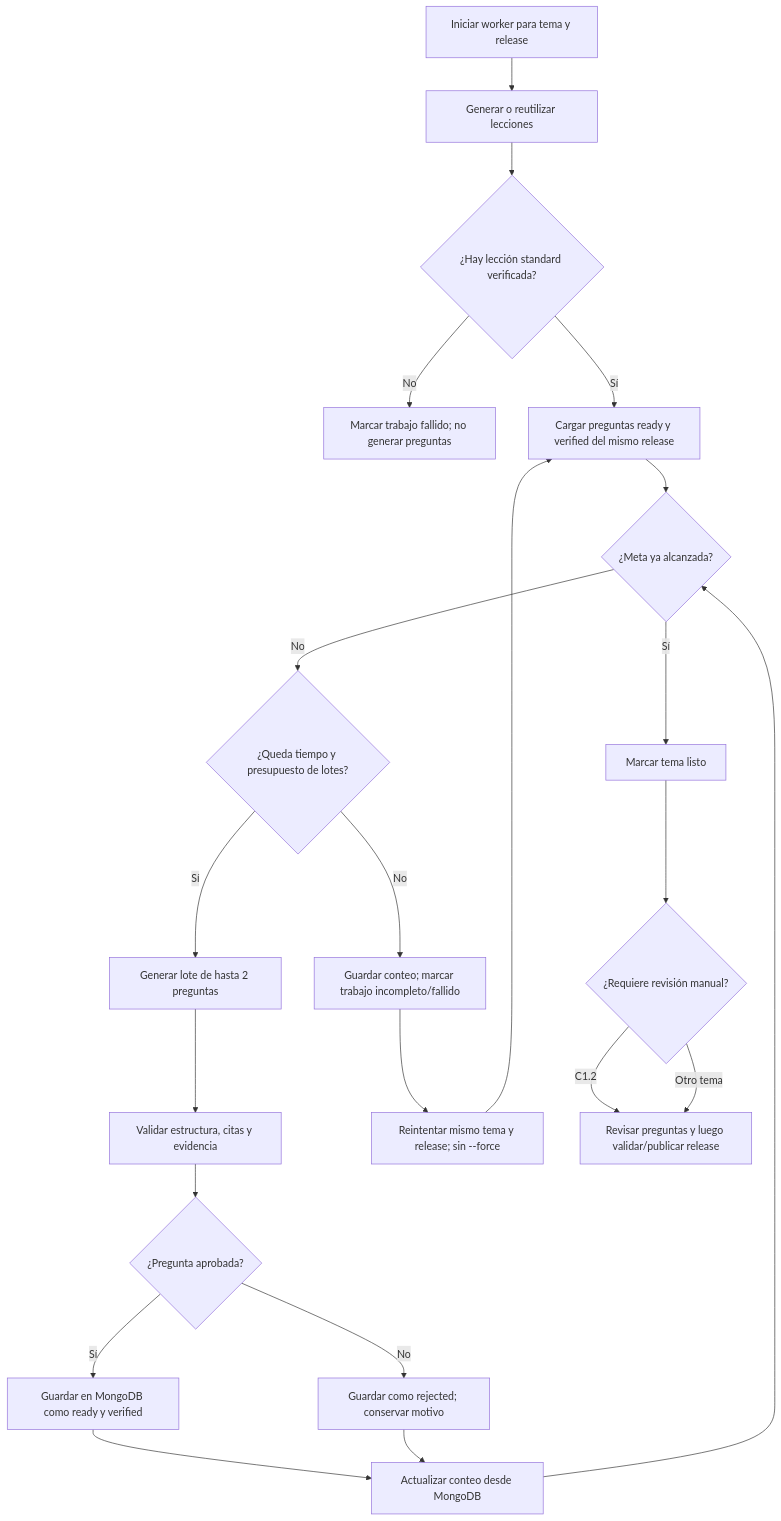
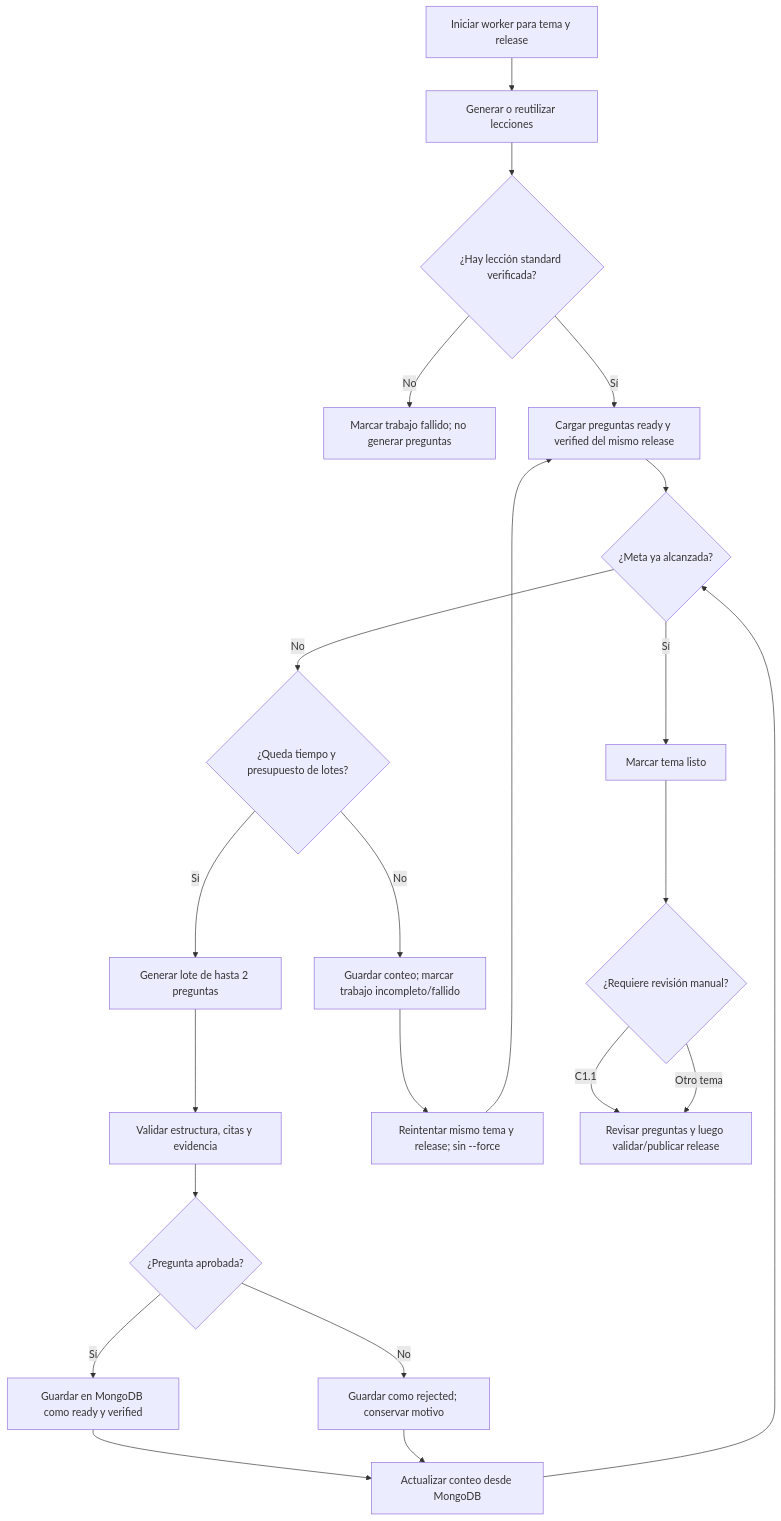
The second of 2 diagrams in docs/09-worker-contenido.md (Lemur-Driver/LemurCopilot), drawn with Mermaid before and after one commit. The commit also changed other lines of this file and 16 other files, not shown here.

````diff
--- a/docs/09-worker-contenido.md
+++ b/docs/09-worker-contenido.md
@@ -161,24 +188,24 @@
 ```mermaid
 flowchart TD
     A[Iniciar worker para tema y release] --> B[Generar o reutilizar lecciones]
     B --> C{¿Hay lección standard verificada?}
     C -- No --> X[Marcar trabajo fallido; no generar preguntas]
     C -- Sí --> D[Cargar preguntas ready y verified del mismo release]
     D --> E{¿Meta ya alcanzada?}
     E -- Sí --> P[Marcar tema listo]
     E -- No --> F{¿Queda tiempo y presupuesto de lotes?}
     F -- No --> R[Guardar conteo; marcar trabajo incompleto/fallido]
     F -- Sí --> G[Generar lote de hasta 2 preguntas]
     G --> H[Validar estructura, citas y evidencia]
     H --> I{¿Pregunta aprobada?}
     I -- Sí --> J[Guardar en MongoDB como ready y verified]
     I -- No --> K[Guardar como rejected; conservar motivo]
     J --> L[Actualizar conteo desde MongoDB]
     K --> L
     L --> E
     R --> M[Reintentar mismo tema y release; sin --force]
     M --> D
     P --> N{¿Requiere revisión manual?}
-    N -- C1.2 --> O[Revisar preguntas y luego validar/publicar release]
+    N -- C1.1 --> O[Revisar preguntas y luego validar/publicar release]
     N -- Otro tema --> O
 ```
````
